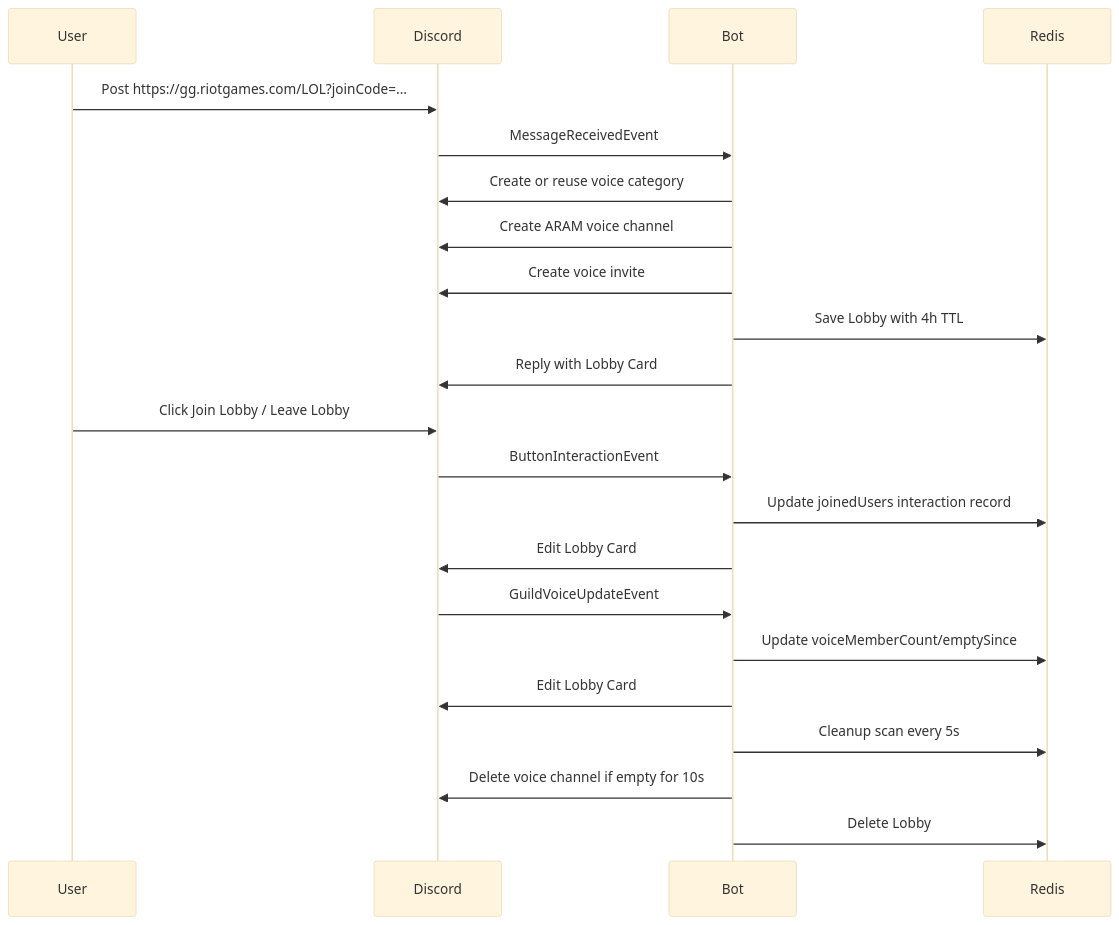
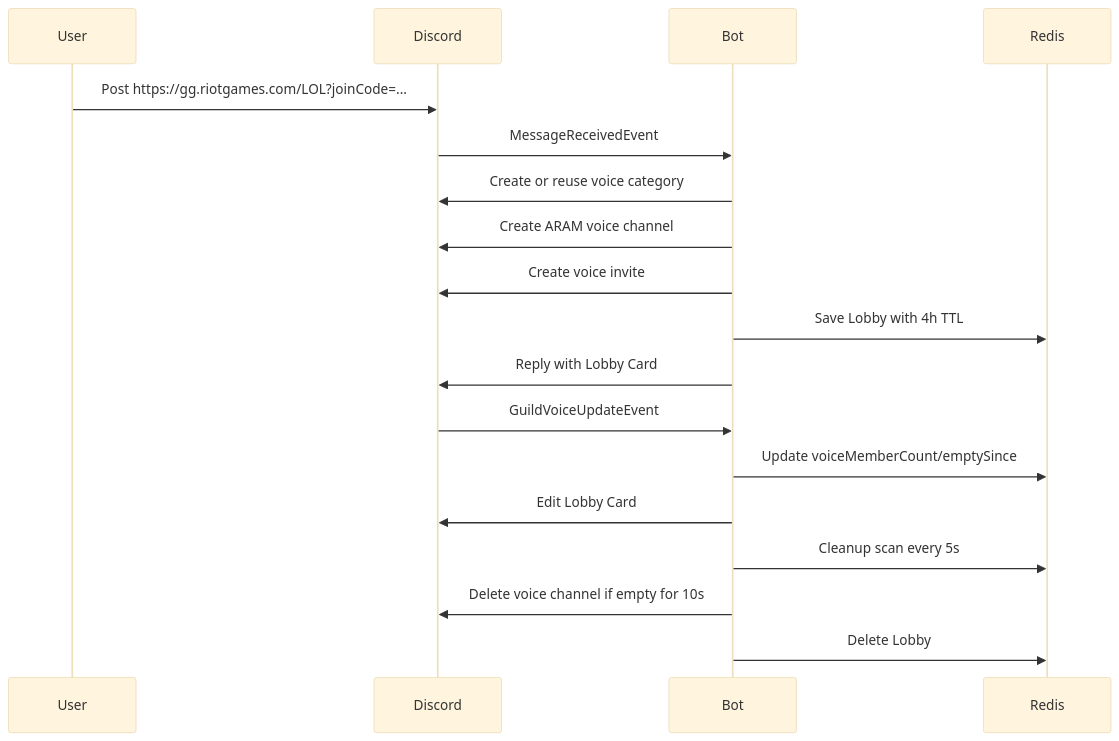
One commit to Eddie425/aram-lobby-bot changed the second of 2 diagrams in docs/technical-design.md. Above: the diagram before and after it, drawn with Mermaid (base theme). The commit also changed other lines of this file and 3 other files, not shown here.

Commit message:
Polish lobby card actions

````diff
--- a/docs/technical-design.md
+++ b/docs/technical-design.md
@@ -32,25 +31,21 @@
 ```mermaid
 sequenceDiagram
     participant U as User
     participant D as Discord
     participant B as Bot
     participant R as Redis
 
     U->>D: Post https://gg.riotgames.com/LOL?joinCode=...
     D->>B: MessageReceivedEvent
     B->>D: Create or reuse voice category
     B->>D: Create ARAM voice channel
     B->>D: Create voice invite
     B->>R: Save Lobby with 4h TTL
     B->>D: Reply with Lobby Card
-    U->>D: Click Join Lobby / Leave Lobby
-    D->>B: ButtonInteractionEvent
-    B->>R: Update joinedUsers interaction record
-    B->>D: Edit Lobby Card
     D->>B: GuildVoiceUpdateEvent
     B->>R: Update voiceMemberCount/emptySince
     B->>D: Edit Lobby Card
     B->>R: Cleanup scan every 5s
     B->>D: Delete voice channel if empty for 10s
     B->>R: Delete Lobby
 ```
````
